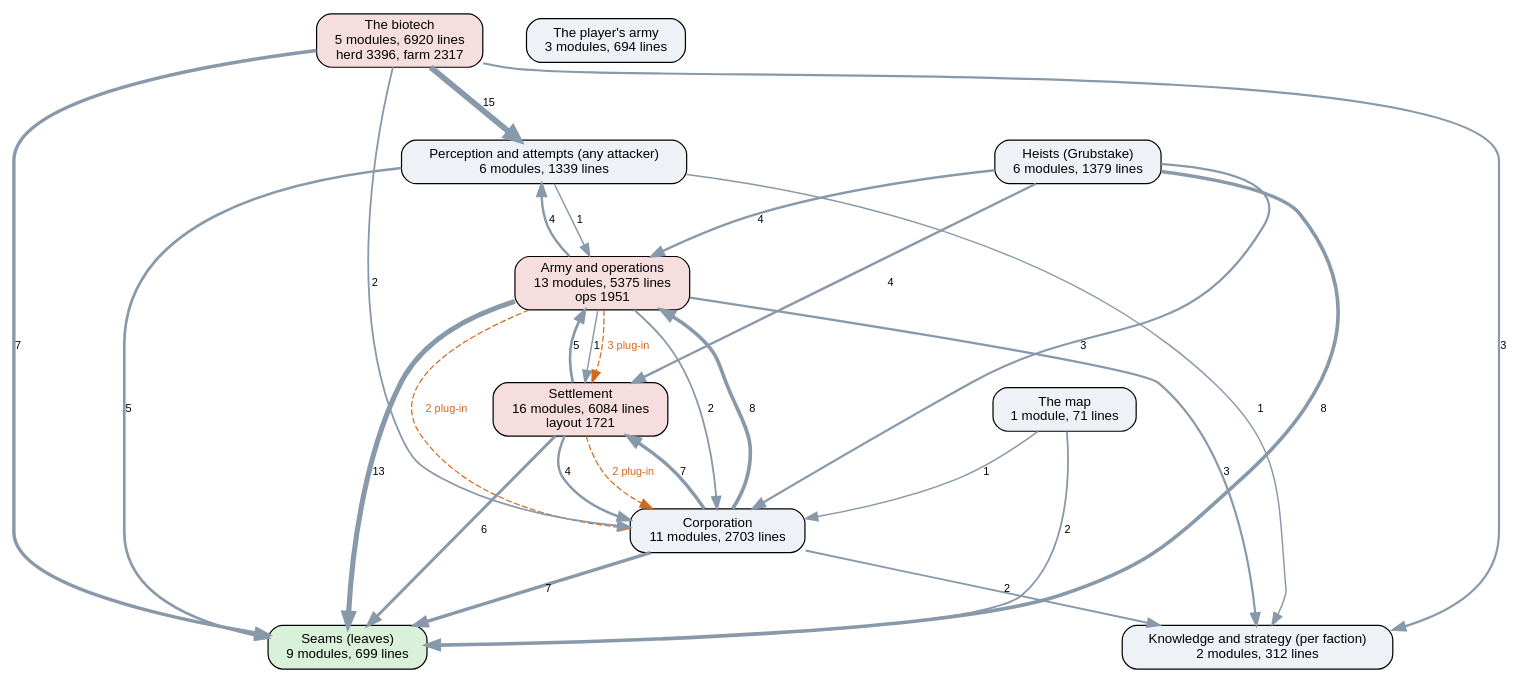
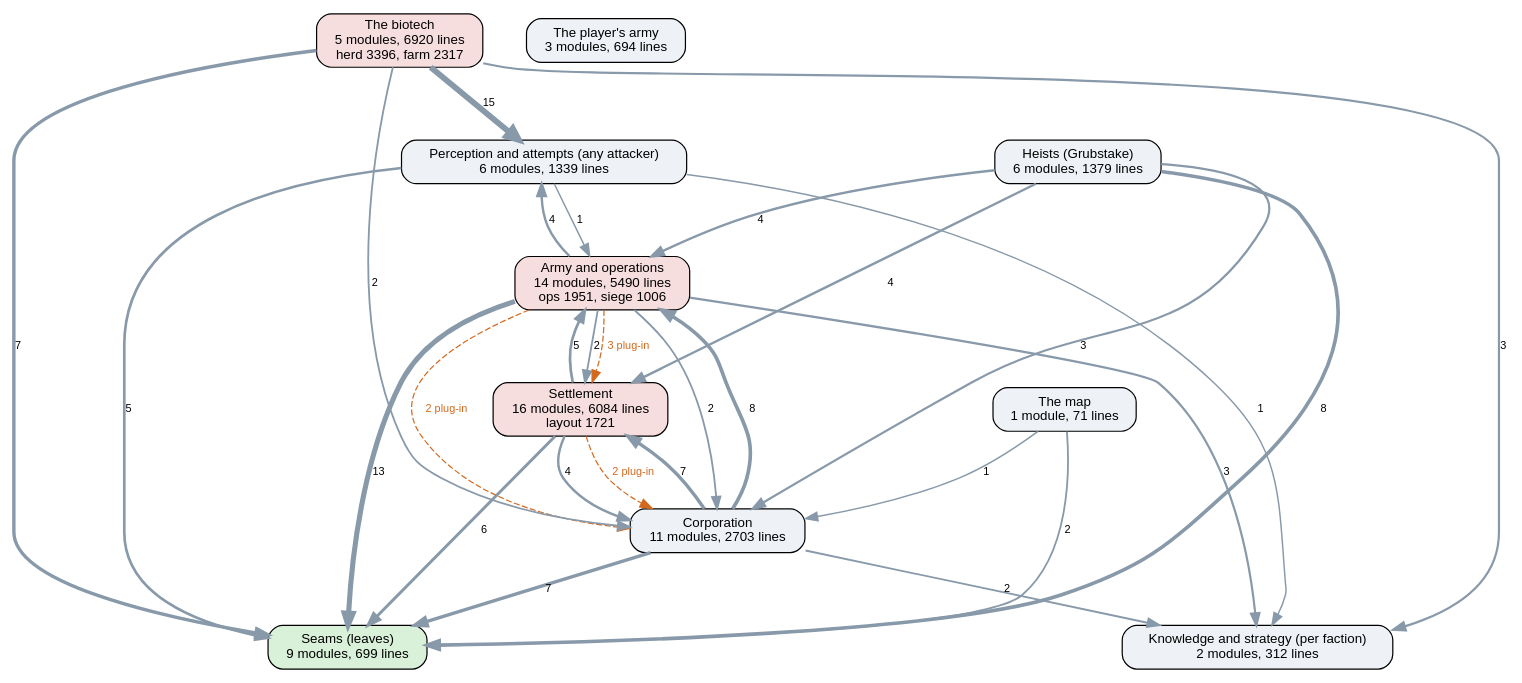
Before and after one commit to kinelhu/landing-party: the diagram in docs/ai-layers.dot, drawn with Graphviz. The commit also changed 14 other files, not shown here.

```diff
--- a/docs/ai-layers.dot
+++ b/docs/ai-layers.dot
@@ -1,43 +1,43 @@
 digraph layers {
   graph [rankdir=TB, fontname="Helvetica", nodesep=0.5, ranksep=0.7];
   node [shape=box, style="rounded,filled", fontname="Helvetica", fontsize=11, fillcolor="#eef2f7"];
   edge [color="#8899aa", fontname="Helvetica", fontsize=9];
   "Seams (leaves)" [label="Seams (leaves)\n9 modules, 699 lines", fillcolor="#d9f0d9"];
   "Perception and attempts (any attacker)" [label="Perception and attempts (any attacker)\n6 modules, 1339 lines", fillcolor="#eef2f7"];
   "Knowledge and strategy (per faction)" [label="Knowledge and strategy (per faction)\n2 modules, 312 lines", fillcolor="#eef2f7"];
   "Corporation" [label="Corporation\n11 modules, 2703 lines", fillcolor="#eef2f7"];
   "Settlement" [label="Settlement\n16 modules, 6084 lines\nlayout 1721", fillcolor="#f7dede"];
-  "Army and operations" [label="Army and operations\n13 modules, 5375 lines\nops 1951", fillcolor="#f7dede"];
+  "Army and operations" [label="Army and operations\n14 modules, 5490 lines\nops 1951, siege 1006", fillcolor="#f7dede"];
   "Heists (Grubstake)" [label="Heists (Grubstake)\n6 modules, 1379 lines", fillcolor="#eef2f7"];
   "The biotech" [label="The biotech\n5 modules, 6920 lines\nherd 3396, farm 2317", fillcolor="#f7dede"];
   "The map" [label="The map\n1 module, 71 lines", fillcolor="#eef2f7"];
   "The player's army" [label="The player's army\n3 modules, 694 lines", fillcolor="#eef2f7"];
   "Army and operations" -> "Corporation" [label="2", penwidth=1.5];
   "Army and operations" -> "Knowledge and strategy (per faction)" [label="3", penwidth=1.8];
   "Army and operations" -> "Perception and attempts (any attacker)" [label="4", penwidth=2.0];
   "Army and operations" -> "Seams (leaves)" [label="13", penwidth=4.2];
-  "Army and operations" -> "Settlement" [label="1", penwidth=1.2];
+  "Army and operations" -> "Settlement" [label="2", penwidth=1.5];
   "Corporation" -> "Army and operations" [label="8", penwidth=3.0];
   "Corporation" -> "Knowledge and strategy (per faction)" [label="2", penwidth=1.5];
   "Corporation" -> "Seams (leaves)" [label="7", penwidth=2.8];
   "Corporation" -> "Settlement" [label="7", penwidth=2.8];
   "Heists (Grubstake)" -> "Army and operations" [label="4", penwidth=2.0];
   "Heists (Grubstake)" -> "Corporation" [label="3", penwidth=1.8];
   "Heists (Grubstake)" -> "Seams (leaves)" [label="8", penwidth=3.0];
   "Heists (Grubstake)" -> "Settlement" [label="4", penwidth=2.0];
   "Perception and attempts (any attacker)" -> "Army and operations" [label="1", penwidth=1.2];
   "Perception and attempts (any attacker)" -> "Knowledge and strategy (per faction)" [label="1", penwidth=1.2];
   "Perception and attempts (any attacker)" -> "Seams (leaves)" [label="5", penwidth=2.2];
   "Settlement" -> "Army and operations" [label="5", penwidth=2.2];
   "Settlement" -> "Corporation" [label="4", penwidth=2.0];
   "Settlement" -> "Seams (leaves)" [label="6", penwidth=2.5];
   "The biotech" -> "Corporation" [label="2", penwidth=1.5];
   "The biotech" -> "Knowledge and strategy (per faction)" [label="3", penwidth=1.8];
   "The biotech" -> "Perception and attempts (any attacker)" [label="15", penwidth=4.8];
   "The biotech" -> "Seams (leaves)" [label="7", penwidth=2.8];
   "The map" -> "Corporation" [label="1", penwidth=1.2];
   "The map" -> "Seams (leaves)" [label="2", penwidth=1.5];
   "Army and operations" -> "Corporation" [style=dashed, color="#d2691e", fontcolor="#d2691e", label="2 plug-in"];
   "Army and operations" -> "Settlement" [style=dashed, color="#d2691e", fontcolor="#d2691e", label="3 plug-in"];
   "Settlement" -> "Corporation" [style=dashed, color="#d2691e", fontcolor="#d2691e", label="2 plug-in"];
 }
```
